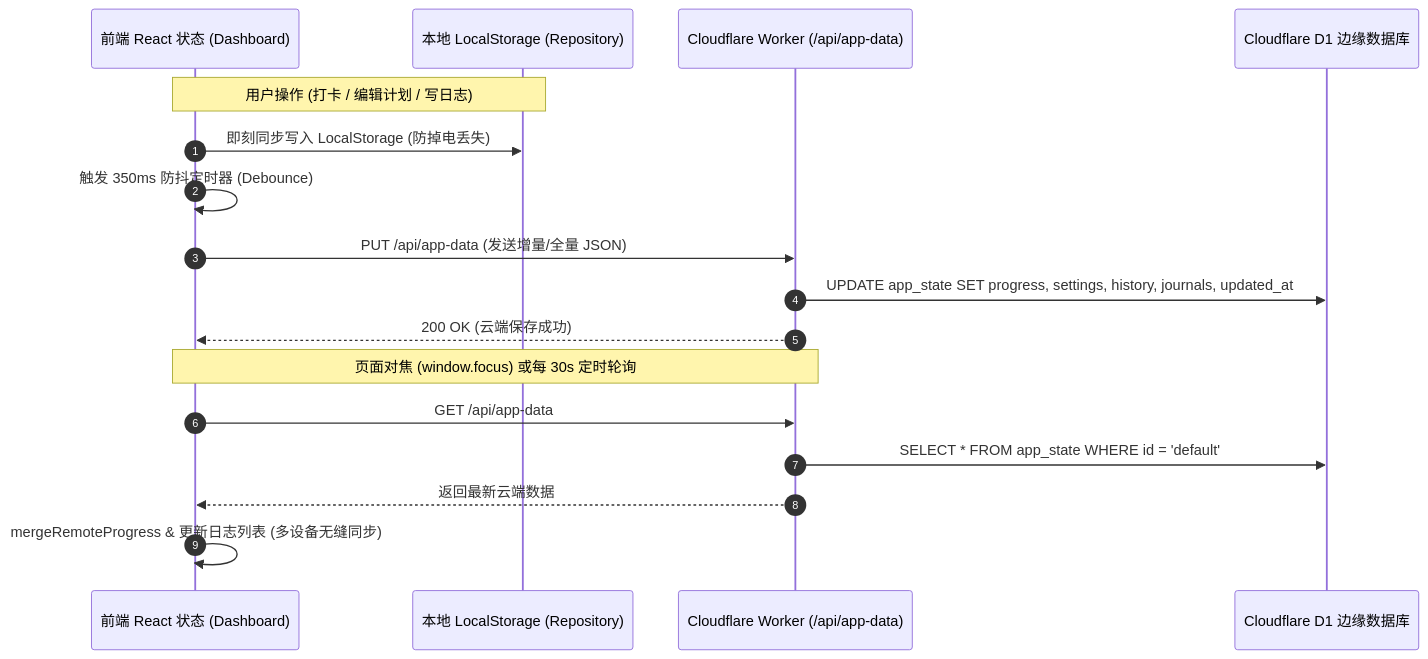
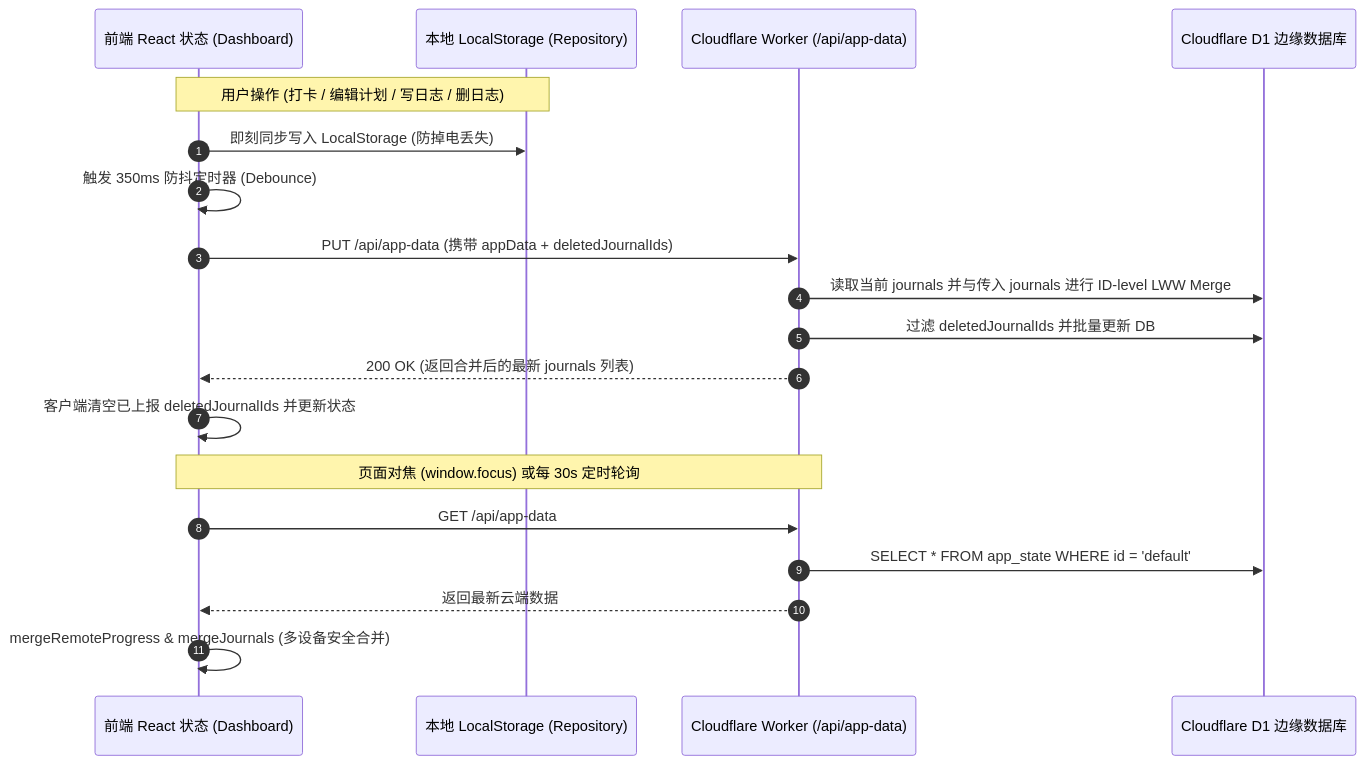
One commit to craig9re5/408 changed the second of 2 diagrams in docs/SYSTEM_ARCHITECTURE_AND_V1.8_V1.9_CHANGELOG.md. Above: the diagram before and after it, drawn with Mermaid. The commit also changed other lines of this file and 7 other files, not shown here.

Commit message:
feat: enhance JournalContext, XSS sanitization, KaTeX boundaries, and multi-device merge sync

````diff
--- a/docs/SYSTEM_ARCHITECTURE_AND_V1.8_V1.9_CHANGELOG.md
+++ b/docs/SYSTEM_ARCHITECTURE_AND_V1.8_V1.9_CHANGELOG.md
@@ -158,21 +160,23 @@
 ```mermaid
 sequenceDiagram
     autonumber
     participant UI as 前端 React 状态 (Dashboard)
     participant Local as 本地 LocalStorage (Repository)
     participant Worker as Cloudflare Worker (/api/app-data)
     participant D1 as Cloudflare D1 边缘数据库
 
-    Note over UI,Local: 用户操作 (打卡 / 编辑计划 / 写日志)
+    Note over UI,Local: 用户操作 (打卡 / 编辑计划 / 写日志 / 删日志)
     UI->>Local: 即刻同步写入 LocalStorage (防掉电丢失)
     UI->>UI: 触发 350ms 防抖定时器 (Debounce)
-    UI->>Worker: PUT /api/app-data (发送增量/全量 JSON)
-    Worker->>D1: UPDATE app_state SET progress, settings, history, journals, updated_at
-    Worker-->>UI: 200 OK (云端保存成功)
+    UI->>Worker: PUT /api/app-data (携带 appData + deletedJournalIds)
+    Worker->>D1: 读取当前 journals 并与传入 journals 进行 ID-level LWW Merge
+    Worker->>D1: 过滤 deletedJournalIds 并批量更新 DB
+    Worker-->>UI: 200 OK (返回合并后的最新 journals 列表)
+    UI->>UI: 客户端清空已上报 deletedJournalIds 并更新状态
 
     Note over UI,Worker: 页面对焦 (window.focus) 或每 30s 定时轮询
     UI->>Worker: GET /api/app-data
     Worker->>D1: SELECT * FROM app_state WHERE id = 'default'
     Worker-->>UI: 返回最新云端数据
-    UI->>UI: mergeRemoteProgress & 更新日志列表 (多设备无缝同步)
+    UI->>UI: mergeRemoteProgress & mergeJournals (多设备安全合并)
 ```
````
